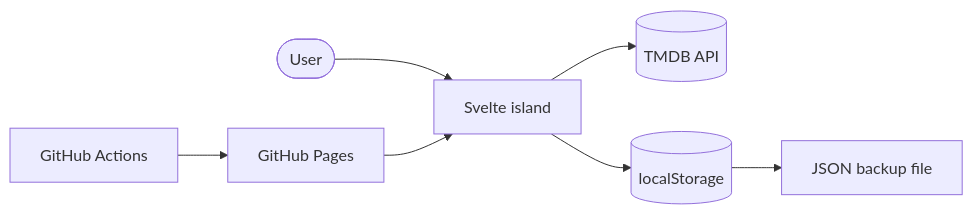
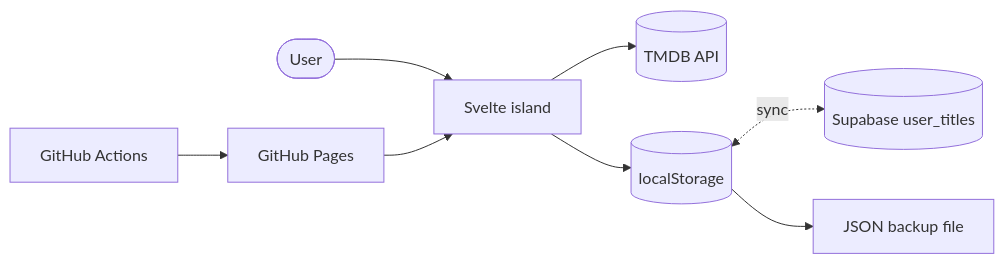
One commit to jcm-developer/cortes-tv changed the diagram in README.md. Above: the diagram before and after it, drawn with Mermaid. The commit also changed other lines of this file and 18 other files, not shown here.

Commit message:
feat: sync the library with supabase behind an email login

````diff
--- a/README.md
+++ b/README.md
@@ -72,9 +75,10 @@
 ```mermaid
 flowchart LR
   user([User]) --> app[Svelte island]
   app --> tmdb[(TMDB API)]
   app --> ls[(localStorage)]
+  ls <-. sync .-> sb[(Supabase user_titles)]
   ls --> backup[JSON backup file]
   gha[GitHub Actions] --> pages[GitHub Pages]
   pages --> app
 ```
````
